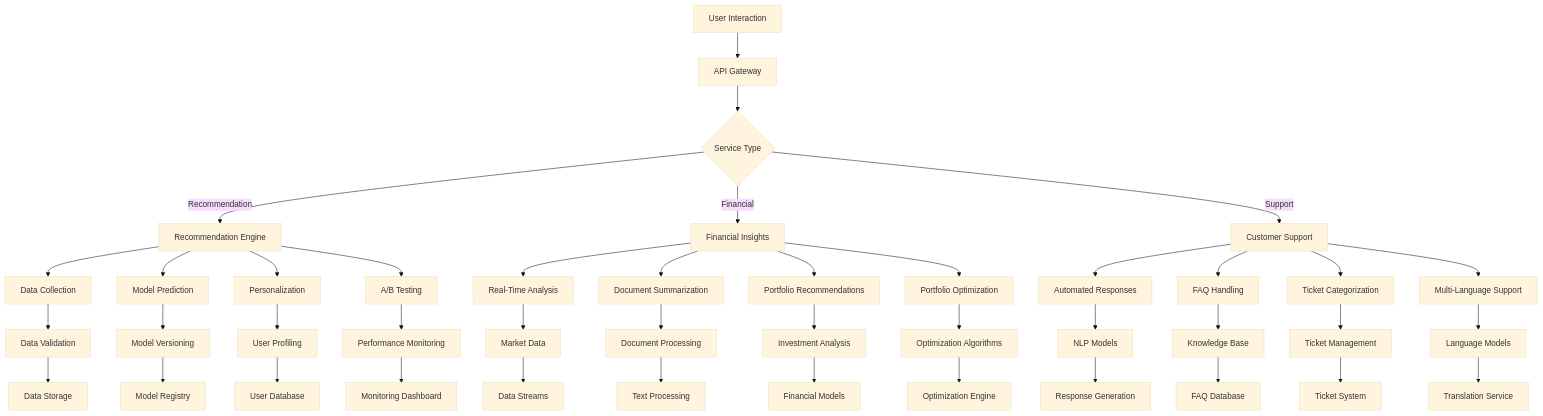
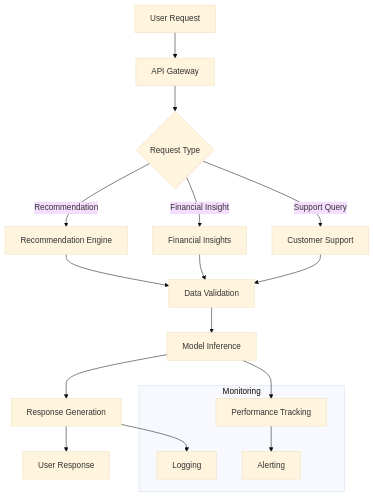
The diagram in docs/App-flow.md (hungtran19940412/ai-platform), drawn with Mermaid (base theme) before and after one commit. The commit also changed other lines of this file and 26 other files, not shown here.

````diff
--- a/docs/App-flow.md
+++ b/docs/App-flow.md
@@ -5,53 +6,26 @@
 ```mermaid
-graph TD
-    A[User Interaction] --> B[API Gateway]
-    B --> C{Service Type}
+flowchart TD
+    A[User Request] --> B[API Gateway]
+    B --> C{Request Type}
     C -->|Recommendation| D[Recommendation Engine]
-    C -->|Financial| E[Financial Insights]
-    C -->|Support| F[Customer Support]
+    C -->|Financial Insight| E[Financial Insights]
+    C -->|Support Query| F[Customer Support]
     
-    D --> G[Data Collection]
-    D --> H[Model Prediction]
-    D --> I[Personalization]
-    D --> J[A/B Testing]
+    D --> G[Data Validation]
+    E --> G
+    F --> G
     
-    E --> K[Real-Time Analysis]
-    E --> L[Document Summarization]
-    E --> M[Portfolio Recommendations]
-    E --> N[Portfolio Optimization]
+    G --> H[Model Inference]
+    H --> I[Response Generation]
+    I --> J[User Response]
     
-    F --> O[Automated Responses]
-    F --> P[FAQ Handling]
-    F --> Q[Ticket Categorization]
-    F --> R[Multi-Language Support]
+    subgraph Monitoring
+        K[Performance Tracking]
+        L[Logging]
+        M[Alerting]
+    end
     
-    G --> S[Data Validation]
-    H --> T[Model Versioning]
-    I --> U[User Profiling]
-    J --> V[Performance Monitoring]
-    
-    K --> W[Market Data]
-    L --> X[Document Processing]
-    M --> Y[Investment Analysis]
-    N --> Z[Optimization Algorithms]
-    
-    O --> AA[NLP Models]
-    P --> AB[Knowledge Base]
-    Q --> AC[Ticket Management]
-    R --> AD[Language Models]
-    
-    S --> AE[Data Storage]
-    T --> AF[Model Registry]
-    U --> AG[User Database]
-    V --> AH[Monitoring Dashboard]
-    
-    W --> AI[Data Streams]
-    X --> AJ[Text Processing]
-    Y --> AK[Financial Models]
-    Z --> AL[Optimization Engine]
-    
-    AA --> AM[Response Generation]
-    AB --> AN[FAQ Database]
-    AC --> AO[Ticket System]
-    AD --> AP[Translation Service]
+    H --> K
+    I --> L
+    K --> M
 ```
````
